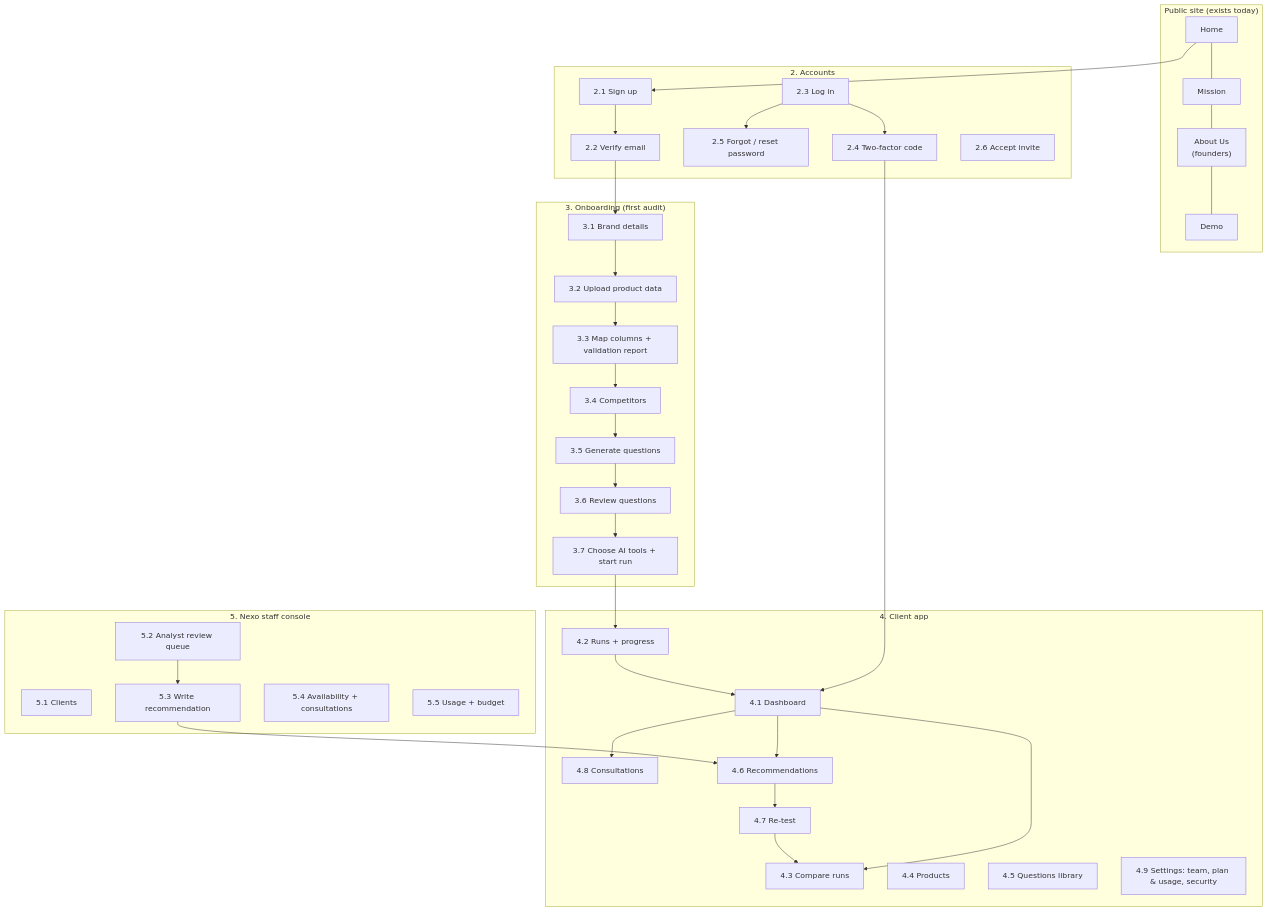
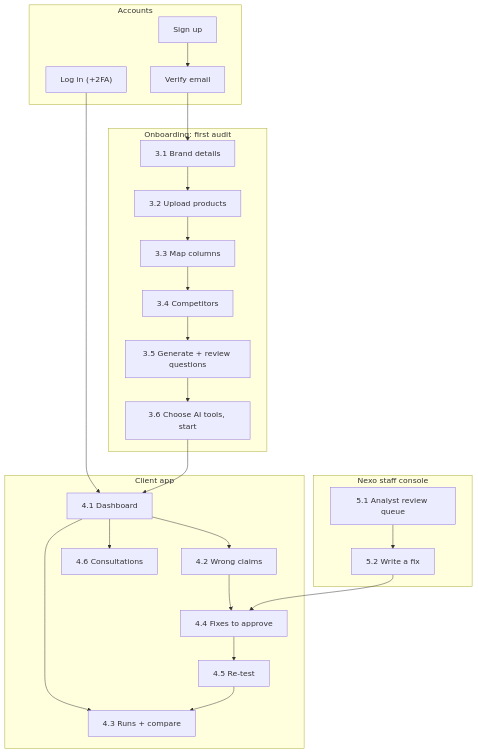
The diagram in docs/WIREFRAMES.md (yangel20/LH_TECH_09302026), drawn with Mermaid before and after one commit. The commit also changed other lines of this file and 2 other files, not shown here.

First line of the commit message:
docs: explain how Nexo is different; condense architecture and wireframes

````diff
--- a/docs/WIREFRAMES.md
+++ b/docs/WIREFRAMES.md
@@ -12,51 +9,24 @@
 ```mermaid
 flowchart TD
-  subgraph Public["Public site (exists today)"]
-    HOME["Home"] --- MISSION["Mission"] --- ABOUT["About Us<br/>(founders)"] --- DEMO["Demo"]
+  subgraph Auth["Accounts"]
+    SU["Sign up"] --> VE["Verify email"]
+    LI["Log in (+2FA)"]
   end
-
-  subgraph Auth["2. Accounts"]
-    SIGNUP["2.1 Sign up"] --> VERIFY["2.2 Verify email"]
-    LOGIN["2.3 Log in"] --> TWOFA["2.4 Two-factor code"]
-    LOGIN --> FORGOT["2.5 Forgot / reset password"]
-    INVITE["2.6 Accept invite"]
+  subgraph Onb["Onboarding: first audit"]
+    O1["3.1 Brand details"] --> O2["3.2 Upload products"] --> O3["3.3 Map columns"]
+    O3 --> O4["3.4 Competitors"] --> O5["3.5 Generate + review questions"] --> O6["3.6 Choose AI tools, start"]
   end
-
-  subgraph Onboard["3. Onboarding (first audit)"]
-    O1["3.1 Brand details"] --> O2["3.2 Upload product data"]
-    O2 --> O3["3.3 Map columns + validation report"]
-    O3 --> O4["3.4 Competitors"]
-    O4 --> O5["3.5 Generate questions"]
-    O5 --> O6["3.6 Review questions"]
-    O6 --> O7["3.7 Choose AI tools + start run"]
+  subgraph App["Client app"]
+    D["4.1 Dashboard"] --> WC["4.2 Wrong claims"]
+    D --> RUN["4.3 Runs + compare"]
+    WC --> FX["4.4 Fixes to approve"] --> RT["4.5 Re-test"] --> RUN
+    D --> CO["4.6 Consultations"]
   end
-
-  subgraph App["4. Client app"]
-    D["4.1 Dashboard"]
-    RUNS["4.2 Runs + progress"]
-    CMP["4.3 Compare runs"]
-    PROD["4.4 Products"]
-    QLIB["4.5 Questions library"]
-    REC["4.6 Recommendations"]
-    RT["4.7 Re-test"]
-    CONS["4.8 Consultations"]
-    SET["4.9 Settings: team, plan & usage, security"]
+  subgraph Staff["Nexo staff console"]
+    AQ["5.1 Analyst review queue"] --> WF["5.2 Write a fix"]
   end
-
-  subgraph Staff["5. Nexo staff console"]
-    CL["5.1 Clients"]
-    ARQ["5.2 Analyst review queue"]
-    RECNEW["5.3 Write recommendation"]
-    AVAIL["5.4 Availability + consultations"]
-    USE["5.5 Usage + budget"]
-  end
-
-  HOME --> SIGNUP
-  VERIFY --> O1
-  TWOFA --> D
-  O7 --> RUNS --> D
-  D --> CMP
-  D --> REC --> RT --> CMP
-  D --> CONS
-  ARQ --> RECNEW --> REC
+  VE --> O1
+  LI --> D
+  O6 --> D
+  WF --> FX
 ```
````
